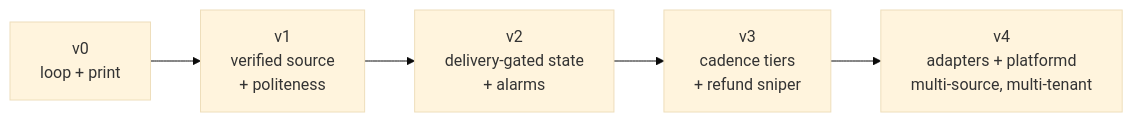
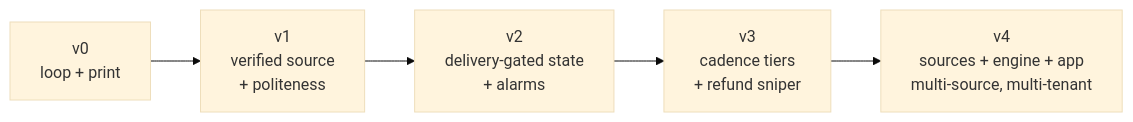
One commit to brianyaneats/70mm-sentry changed the eighth of 8 diagrams in docs/ARCHITECTURE.md. Above: the diagram before and after it, drawn with Mermaid (base theme). The commit also changed other lines of this file and 115 other files, not shown here.

````diff
--- a/docs/ARCHITECTURE.md
+++ b/docs/ARCHITECTURE.md
@@ -272,7 +272,7 @@
 ```mermaid
 flowchart LR
     V0["v0<br/>loop + print"] --> V1["v1<br/>verified source<br/>+ politeness"]
     V1 --> V2["v2<br/>delivery-gated state<br/>+ alarms"]
     V2 --> V3["v3<br/>cadence tiers<br/>+ refund sniper"]
-    V3 --> V4["v4<br/>adapters + platformd<br/>multi-source, multi-tenant"]
+    V3 --> V4["v4<br/>sources + engine + app<br/>multi-source, multi-tenant"]
 ```
````
